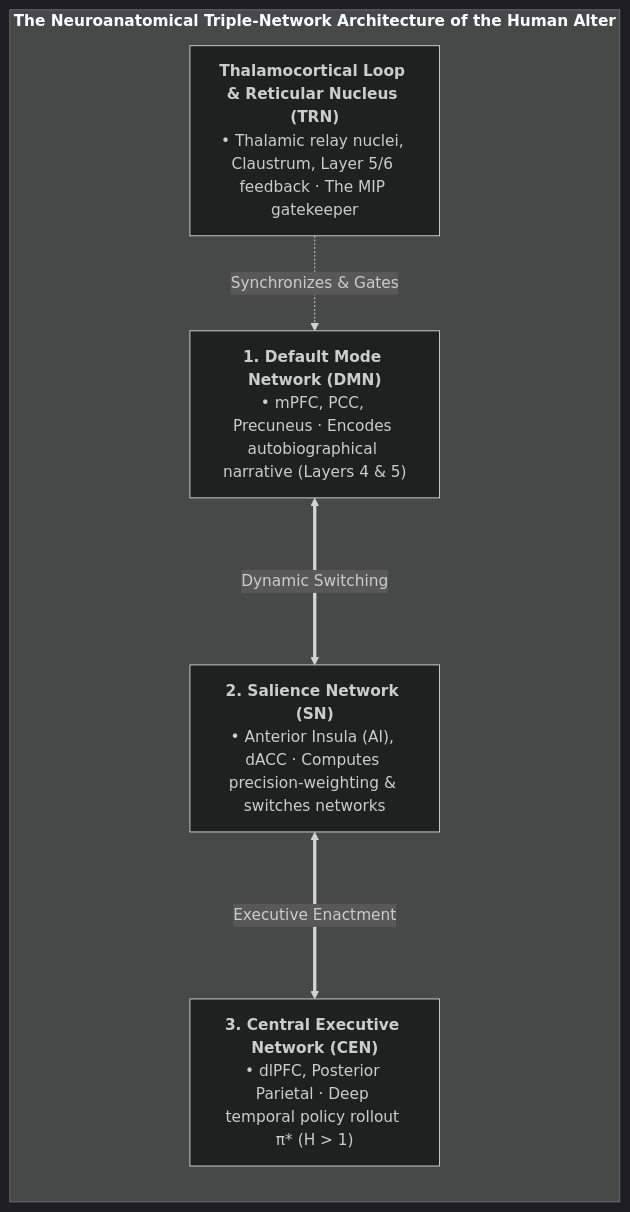
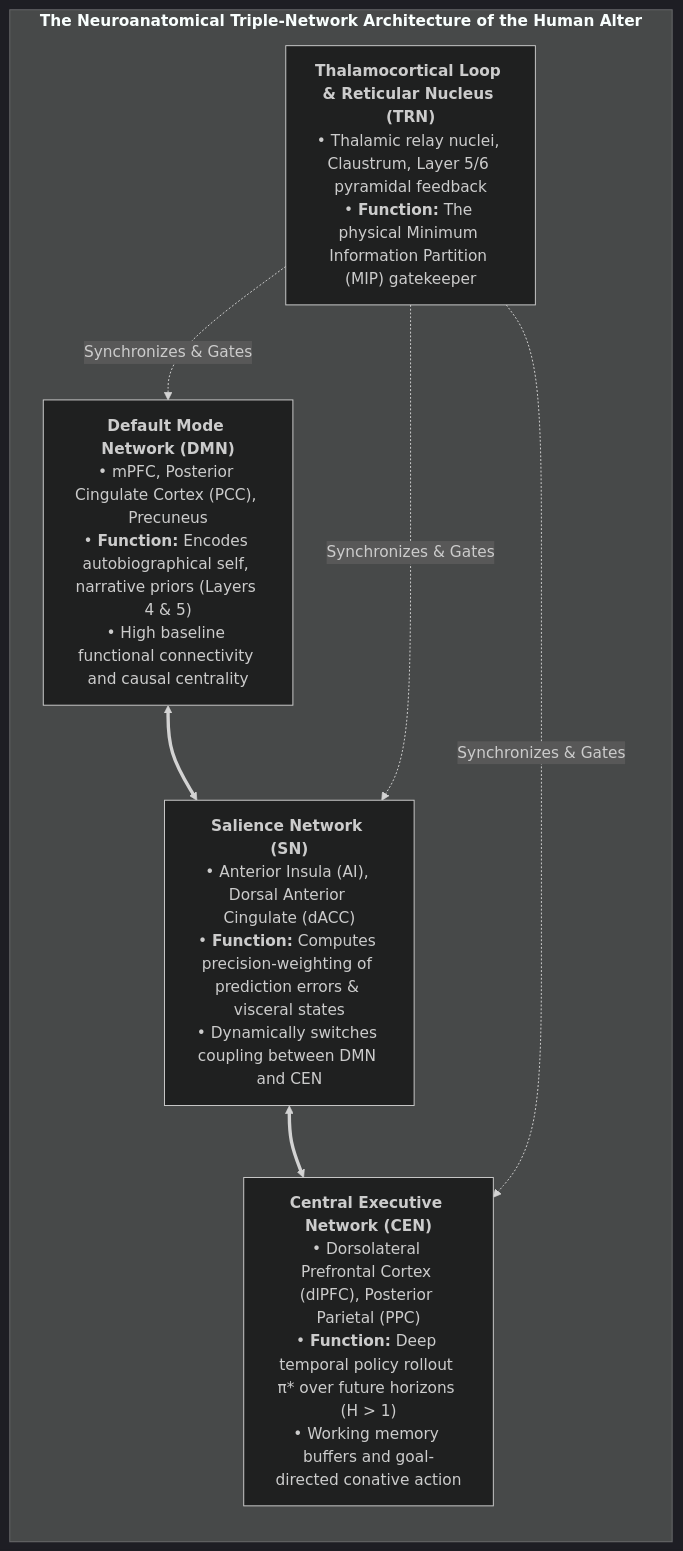
One commit to Thriebl/active-inference-phi-network changed diagram 27 of 50 in book/build/CIF_Monograph_EN.md. Above: the diagram before and after it, drawn with Mermaid (dark theme). The commit also changed other lines of this file and 8 other files, not shown here.

````diff
--- a/book/build/CIF_Monograph_EN.md
+++ b/book/build/CIF_Monograph_EN.md
@@ -1172,18 +1165,19 @@
 ```mermaid
 flowchart TD
     subgraph BRAIN_NETWORKS["<b>The Neuroanatomical Triple-Network Architecture of the Human Alter</b>"]
         direction TB
         
-        TRN["<b>Thalamocortical Loop & Reticular Nucleus (TRN)</b><br>• Thalamic relay nuclei, Claustrum, Layer 5/6 feedback · The MIP gatekeeper"]
+        DMN["<b>Default Mode Network (DMN)</b><br>• mPFC, Posterior Cingulate Cortex (PCC), Precuneus<br>• <b>Function:</b> Encodes autobiographical self, narrative priors (Layers 4 & 5)<br>• High baseline functional connectivity and causal centrality"]
         
-        DMN["<b>1. Default Mode Network (DMN)</b><br>• mPFC, PCC, Precuneus · Encodes autobiographical narrative (Layers 4 & 5)"]
+        SN["<b>Salience Network (SN)</b><br>• Anterior Insula (AI), Dorsal Anterior Cingulate (dACC)<br>• <b>Function:</b> Computes precision-weighting of prediction errors & visceral states<br>• Dynamically switches coupling between DMN and CEN"]
         
-        SN["<b>2. Salience Network (SN)</b><br>• Anterior Insula (AI), dACC · Computes precision-weighting & switches networks"]
+        CEN["<b>Central Executive Network (CEN)</b><br>• Dorsolateral Prefrontal Cortex (dlPFC), Posterior Parietal (PPC)<br>• <b>Function:</b> Deep temporal policy rollout π* over future horizons (H > 1)<br>• Working memory buffers and goal-directed conative action"]
         
-        CEN["<b>3. Central Executive Network (CEN)</b><br>• dlPFC, Posterior Parietal · Deep temporal policy rollout π* (H > 1)"]
+        TRN["<b>Thalamocortical Loop & Reticular Nucleus (TRN)</b><br>• Thalamic relay nuclei, Claustrum, Layer 5/6 pyramidal feedback<br>• <b>Function:</b> The physical Minimum Information Partition (MIP) gatekeeper"]
         
-        TRN -.->|"Synchronizes & Gates"| DMN
-        DMN <===>|"Dynamic Switching"| SN
-        SN <===>|"Executive Enactment"| CEN
+        DMN <==> SN <==> CEN
+        TRN -.->|Synchronizes & Gates| DMN
+        TRN -.->|Synchronizes & Gates| SN
+        TRN -.->|Synchronizes & Gates| CEN
     end
 ```
````
